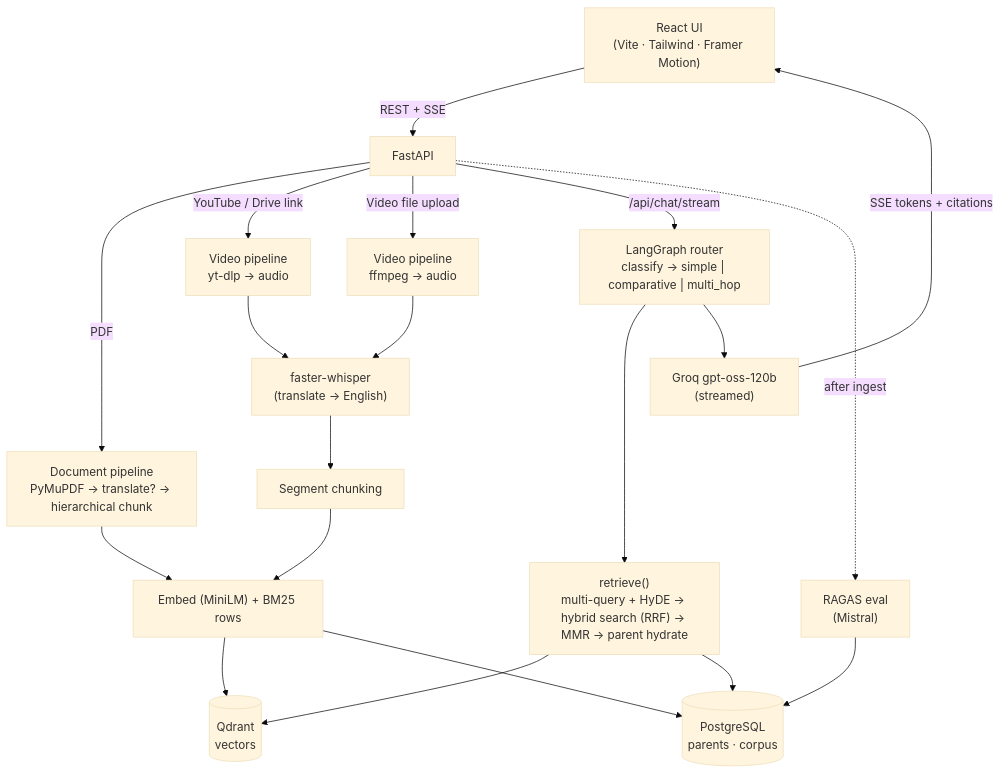
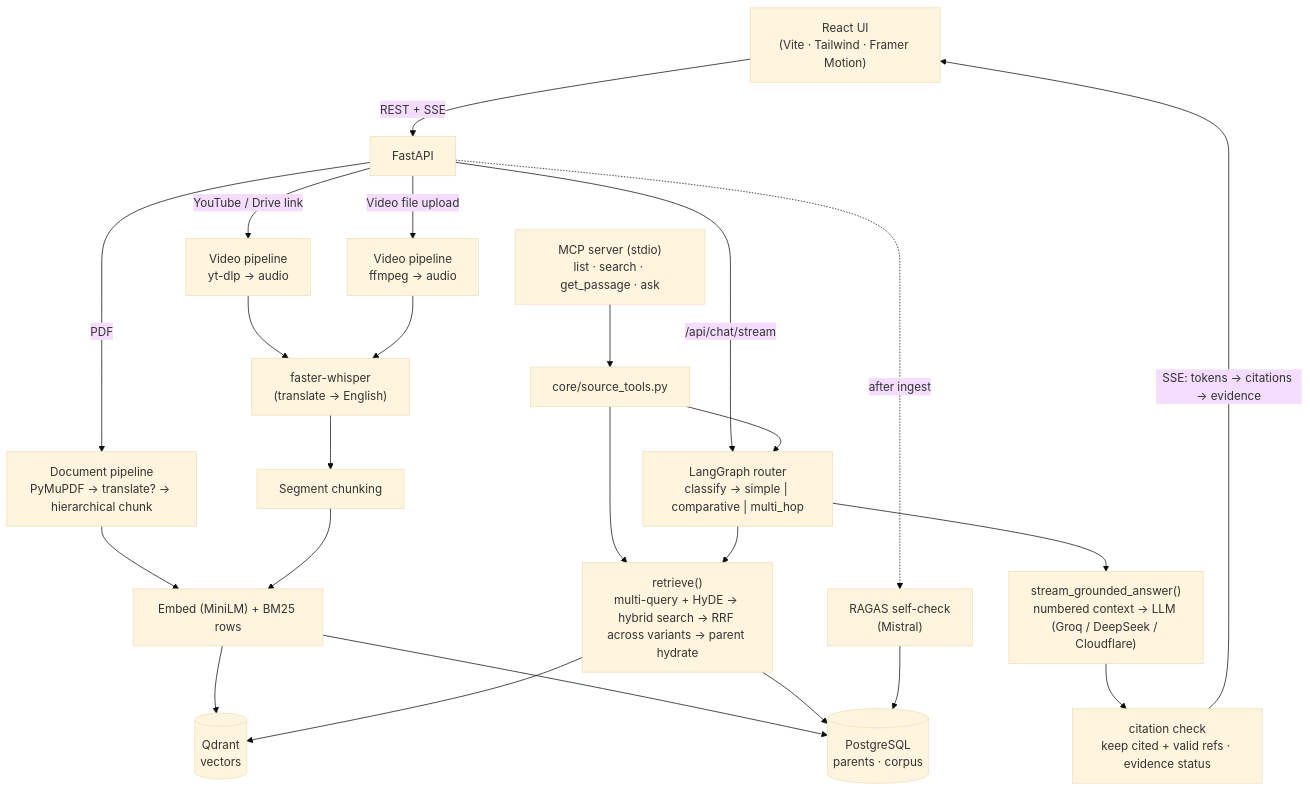
One commit to Saicharan519/sourcemind changed the diagram in README.md. Above: the diagram before and after it, drawn with Mermaid (base theme). The commit also changed other lines of this file and 9 other files, not shown here.

````diff
--- a/README.md
+++ b/README.md
@@ -84,26 +91,30 @@
 ```mermaid
 flowchart TD
     UI["React UI<br/>(Vite · Tailwind · Framer Motion)"] -->|REST + SSE| API[FastAPI]
 
     API -->|PDF| DOC["Document pipeline<br/>PyMuPDF → translate? → hierarchical chunk"]
     API -->|YouTube / Drive link| VURL["Video pipeline<br/>yt-dlp → audio"]
     API -->|Video file upload| VFILE["Video pipeline<br/>ffmpeg → audio"]
 
     VURL --> WHISPER["faster-whisper<br/>(translate → English)"]
     VFILE --> WHISPER
     WHISPER --> SEG[Segment chunking]
 
     DOC --> EMB["Embed (MiniLM) + BM25 rows"]
     SEG --> EMB
     EMB --> QD[(Qdrant<br/>vectors)]
     EMB --> PG[(PostgreSQL<br/>parents · corpus)]
 
     API -->|"/api/chat/stream"| ROUTER["LangGraph router<br/>classify → simple | comparative | multi_hop"]
-    ROUTER --> RETR["retrieve()<br/>multi-query + HyDE → hybrid search (RRF) → MMR → parent hydrate"]
+    MCP["MCP server (stdio)<br/>list · search · get_passage · ask"] --> TOOLS["core/source_tools.py"]
+    TOOLS --> RETR
+    TOOLS --> ROUTER
+    ROUTER --> RETR["retrieve()<br/>multi-query + HyDE → hybrid search → RRF across variants → parent hydrate"]
     RETR --> QD
     RETR --> PG
-    ROUTER --> LLM["Groq gpt-oss-120b<br/>(streamed)"]
-    LLM -->|SSE tokens + citations| UI
+    ROUTER --> ANS["stream_grounded_answer()<br/>numbered context → LLM (Groq / DeepSeek / Cloudflare)"]
+    ANS --> VAL["citation check<br/>keep cited + valid refs · evidence status"]
+    VAL -->|"SSE: tokens → citations → evidence"| UI
 
-    API -.->|after ingest| RAGAS["RAGAS eval<br/>(Mistral)"] --> PG
+    API -.->|after ingest| RAGAS["RAGAS self-check<br/>(Mistral)"] --> PG
 ```
````
